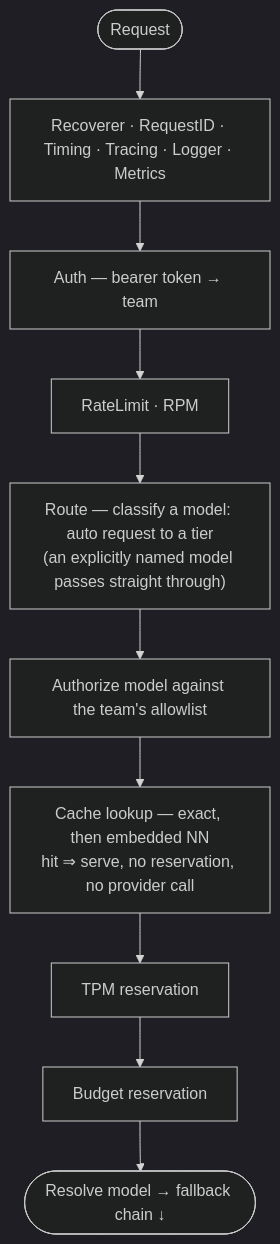
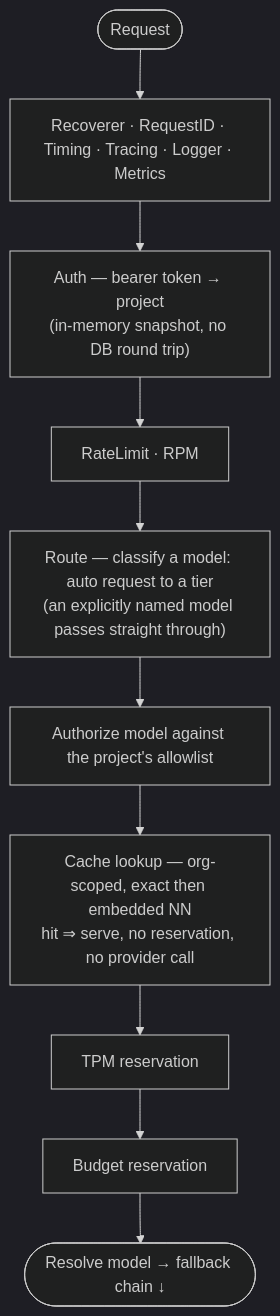
One commit to Harshalsharma05/switchyard changed the second of 3 diagrams in README.md. Above: the diagram before and after it, drawn with Mermaid (dark theme). The commit also changed other lines of this file and 13 other files, not shown here.

````diff
--- a/README.md
+++ b/README.md
@@ -105,10 +126,10 @@
 ```mermaid
 flowchart TB
     R(["Request"]) --> A["Recoverer · RequestID · Timing · Tracing · Logger · Metrics"]
-    A --> G["Auth — bearer token → team"]
+    A --> G["Auth — bearer token → project<br/>(in-memory snapshot, no DB round trip)"]
     G --> H["RateLimit · RPM"]
     H --> RT["Route — classify a model: auto request to a tier<br/>(an explicitly named model passes straight through)"]
-    RT --> AZ["Authorize model against the team's allowlist"]
-    AZ --> CH["Cache lookup — exact, then embedded NN<br/>hit ⇒ serve, no reservation, no provider call"]
+    RT --> AZ["Authorize model against the project's allowlist"]
+    AZ --> CH["Cache lookup — org-scoped, exact then embedded NN<br/>hit ⇒ serve, no reservation, no provider call"]
     CH --> TPM["TPM reservation"] --> BUD["Budget reservation"] --> RES(["Resolve model → fallback chain ↓"])
 ```
````
